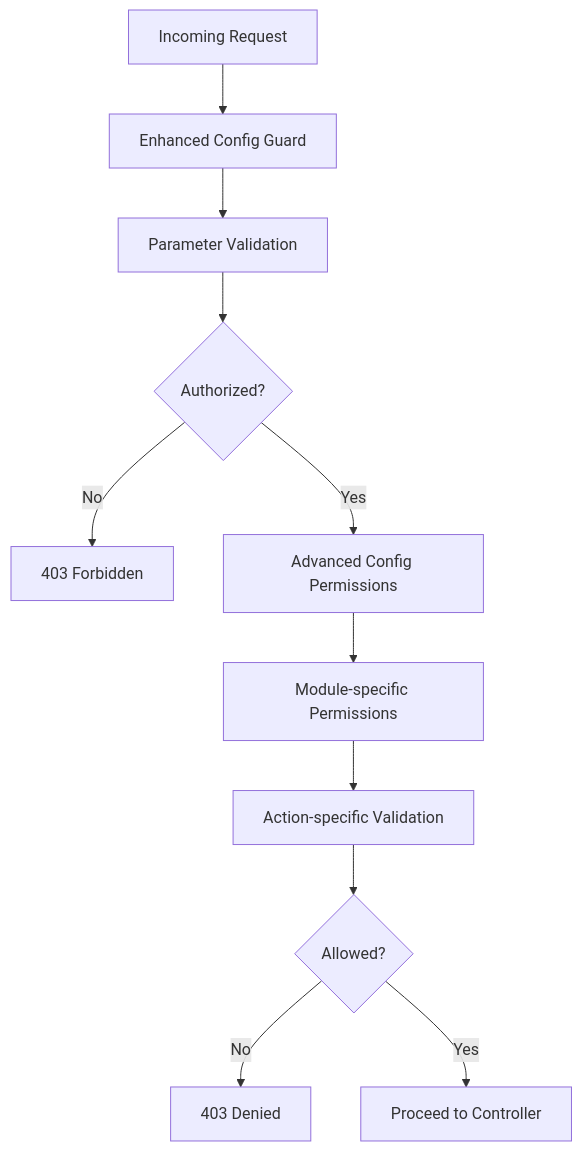
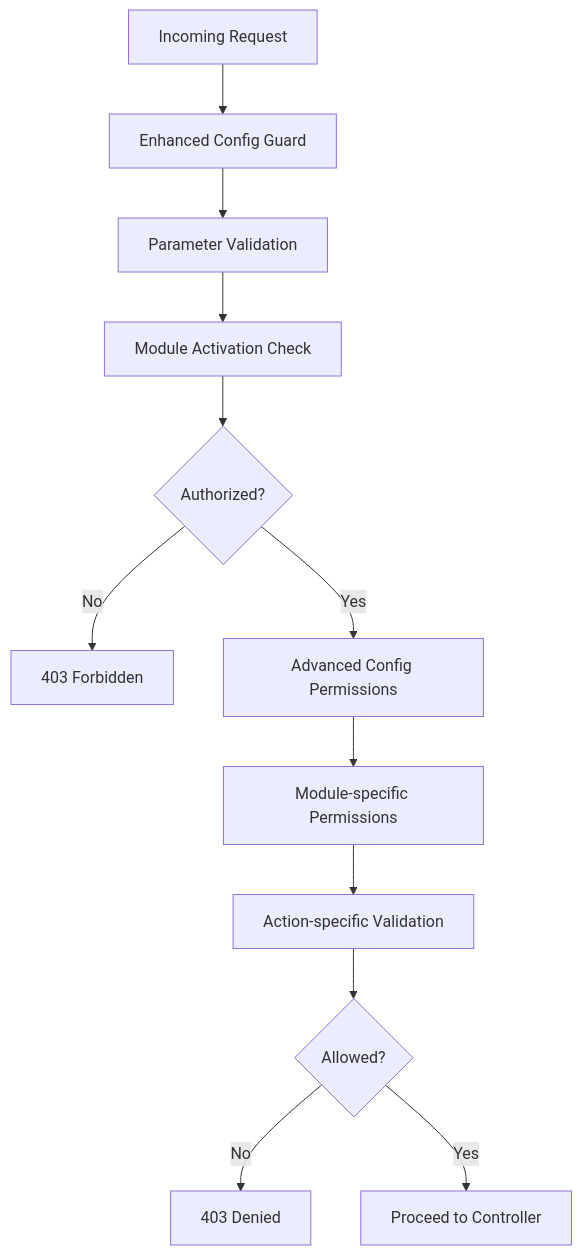
Before and after one commit to franckylab/eLISAschool: the ninth of 11 diagrams in .qoder/repowiki/en/content/Modules & Features/Administrative Modules/Institutional Configuration.md, drawn with Mermaid. The commit also changed other lines of this file and 236 other files, not shown here.

````diff
--- a/.qoder/repowiki/en/content/Modules & Features/Administrative Modules/Institutional Configuration.md
+++ b/.qoder/repowiki/en/content/Modules & Features/Administrative Modules/Institutional Configuration.md
@@ -393,13 +498,14 @@
 ```mermaid
 flowchart TD
 Request["Incoming Request"] --> Guard["Enhanced Config Guard"]
 Guard --> Validate["Parameter Validation"]
-Validate --> Authorized{"Authorized?"}
+Validate --> ModuleCheck["Module Activation Check"]
+ModuleCheck --> Authorized{"Authorized?"}
 Authorized --> |No| Forbidden["403 Forbidden"]
 Authorized --> |Yes| Permissions["Advanced Config Permissions"]
-Permissions --> ModuleCheck["Module-specific Permissions"]
-ModuleCheck --> ActionCheck["Action-specific Validation"]
+Permissions --> ModuleSpecific["Module-specific Permissions"]
+ModuleSpecific --> ActionCheck["Action-specific Validation"]
 ActionCheck --> Allowed{"Allowed?"}
 Allowed --> |No| Denied["403 Denied"]
 Allowed --> |Yes| Next["Proceed to Controller"]
 ```
````
